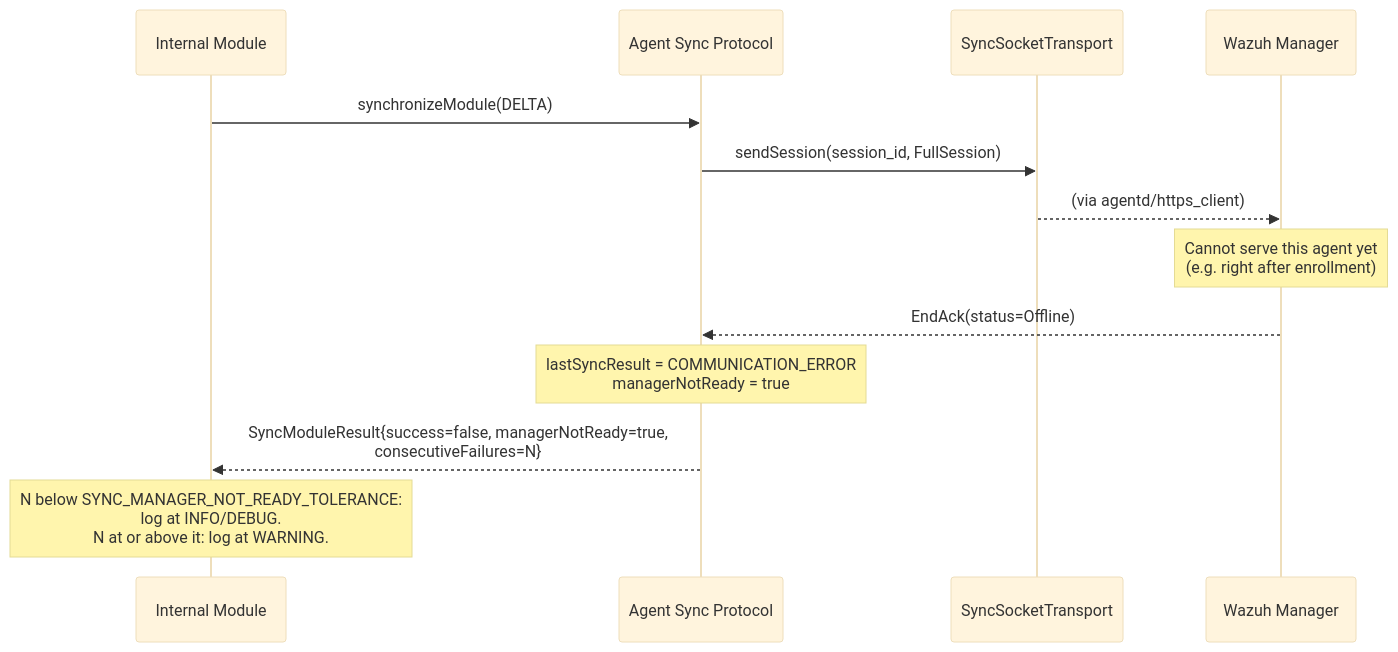
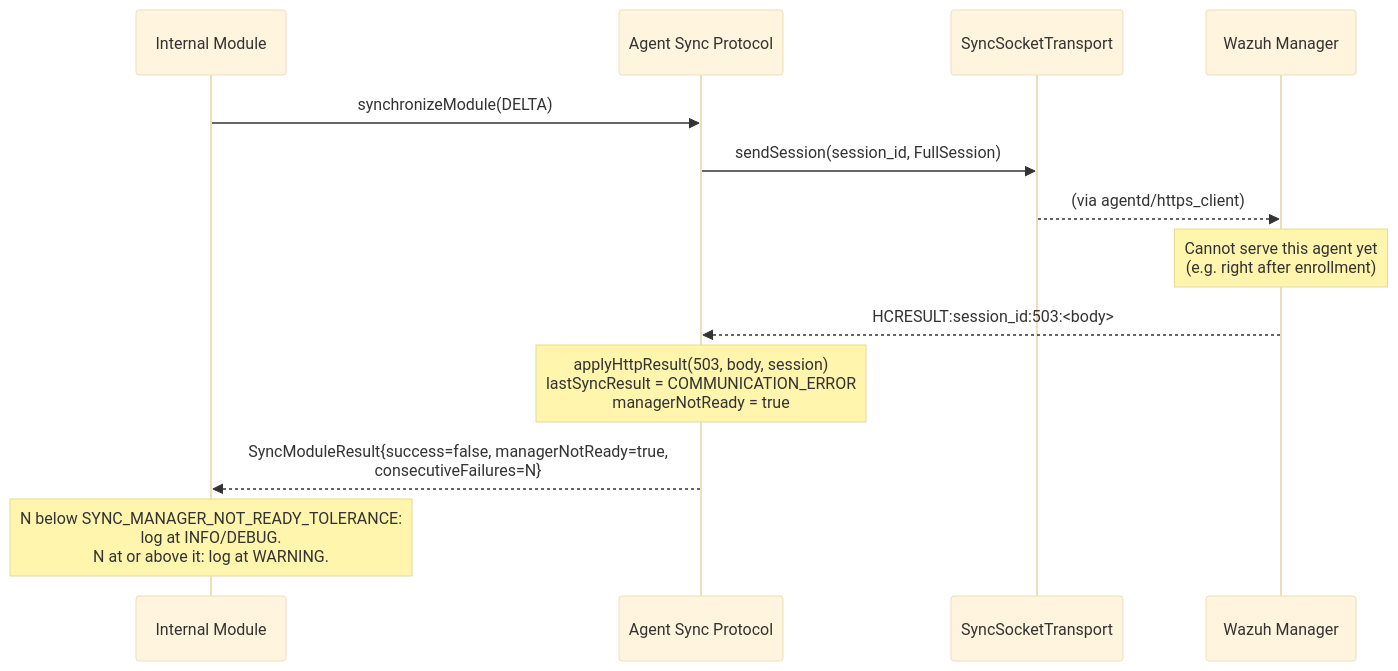
The ninth of 12 diagrams in docs/ref/modules/utils/sync-protocol/sequence-diagrams.md (wazuh/wazuh), drawn with Mermaid (base theme) before and after one commit. The commit also changed other lines of this file and 55 other files, not shown here.

````diff
--- a/docs/ref/modules/utils/sync-protocol/sequence-diagrams.md
+++ b/docs/ref/modules/utils/sync-protocol/sequence-diagrams.md
@@ -237,19 +242,19 @@
 ```mermaid
 sequenceDiagram
     participant Module as Internal Module
     participant ASP as Agent Sync Protocol
     participant Transport as SyncSocketTransport
     participant Manager as Wazuh Manager
 
     Module->>ASP: synchronizeModule(DELTA)
     ASP->>Transport: sendSession(session_id, FullSession)
     Transport-->>Manager: (via agentd/https_client)
 
     Note over Manager: Cannot serve this agent yet<br/>(e.g. right after enrollment)
 
-    Manager-->>ASP: EndAck(status=Offline)
-    Note over ASP: lastSyncResult = COMMUNICATION_ERROR<br/>managerNotReady = true
+    Manager-->>ASP: HCRESULT:session_id:503:<body>
+    Note over ASP: applyHttpResult(503, body, session)<br/>lastSyncResult = COMMUNICATION_ERROR<br/>managerNotReady = true
 
     ASP-->>Module: SyncModuleResult{success=false, managerNotReady=true,<br/>consecutiveFailures=N}
     Note over Module: N below SYNC_MANAGER_NOT_READY_TOLERANCE:<br/>log at INFO/DEBUG.<br/>N at or above it: log at WARNING.
 ```
````
